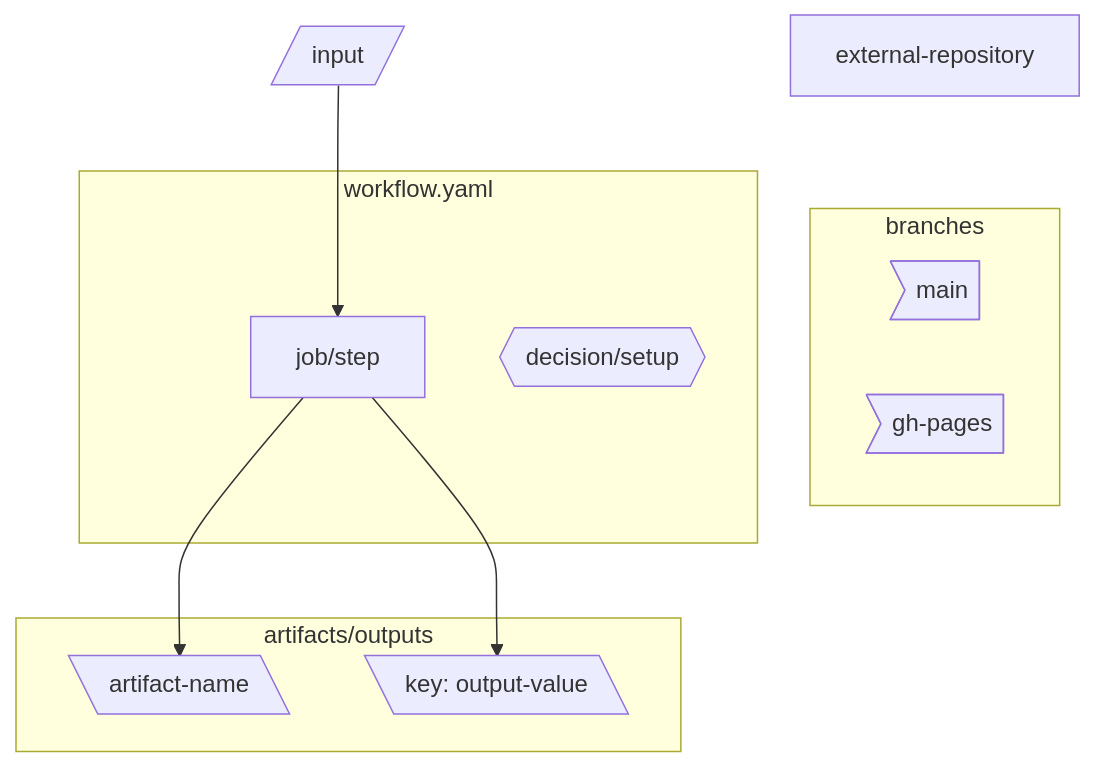
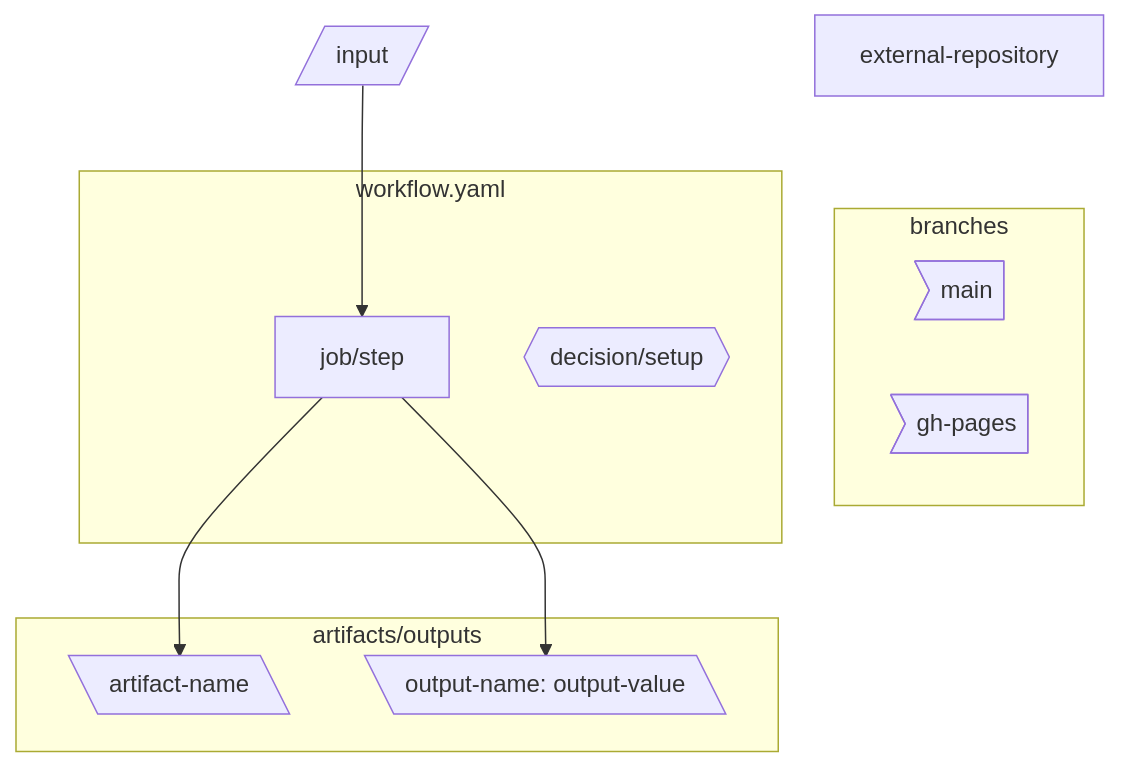
The third of 8 diagrams in docs/source/developer/dashboard-workflows.md (hubverse-org/hubDocs), drawn with Mermaid before and after one commit. The commit also changed other lines of this file, not shown here.

````diff
--- a/docs/source/developer/dashboard-workflows.md
+++ b/docs/source/developer/dashboard-workflows.md
@@ -355,21 +355,21 @@
 ```{mermaid}
 :name: dashboard-diagram-legend
 :config: {"theme": "base", "themeVariables": {"primaryColor": "#dbeefb", "primaryBorderColor": "#3c88be"}}
 flowchart TD
     subgraph branches
         main>"main"]
         gh-pages>"gh-pages"]
     end
     input[/input/]
     subgraph workflow.yaml
         job/step
         decision{{decision/setup}}
     end
     subgraph artifacts/outputs
         artifact[\"artifact-name"\]
-        output[\"key: output-value"\]
+        output[\"output-name: output-value"\]
     end
     external-repository ~~~ branches
     input --> job/step --> artifact
     job/step --> output
 ```
````
